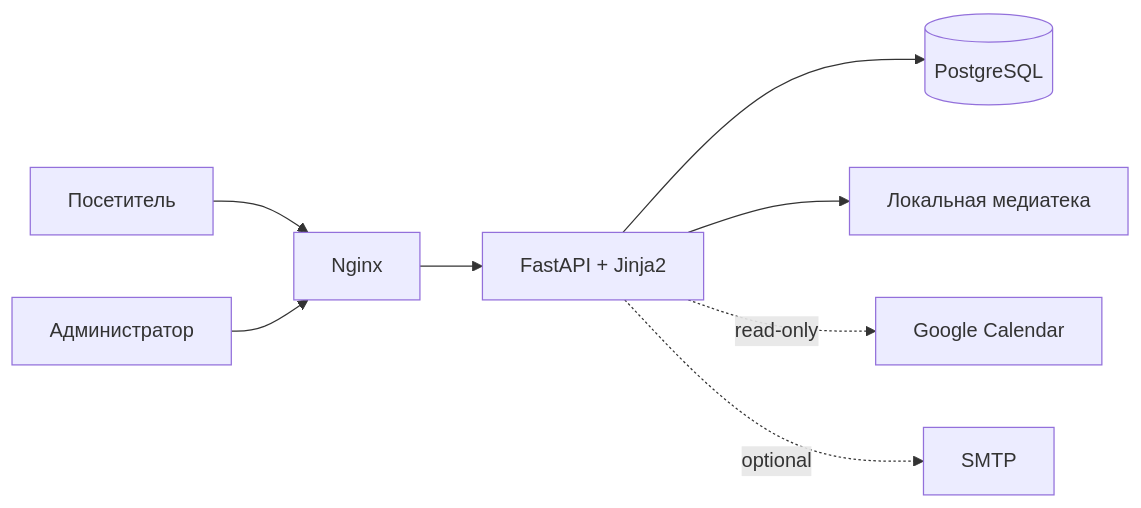
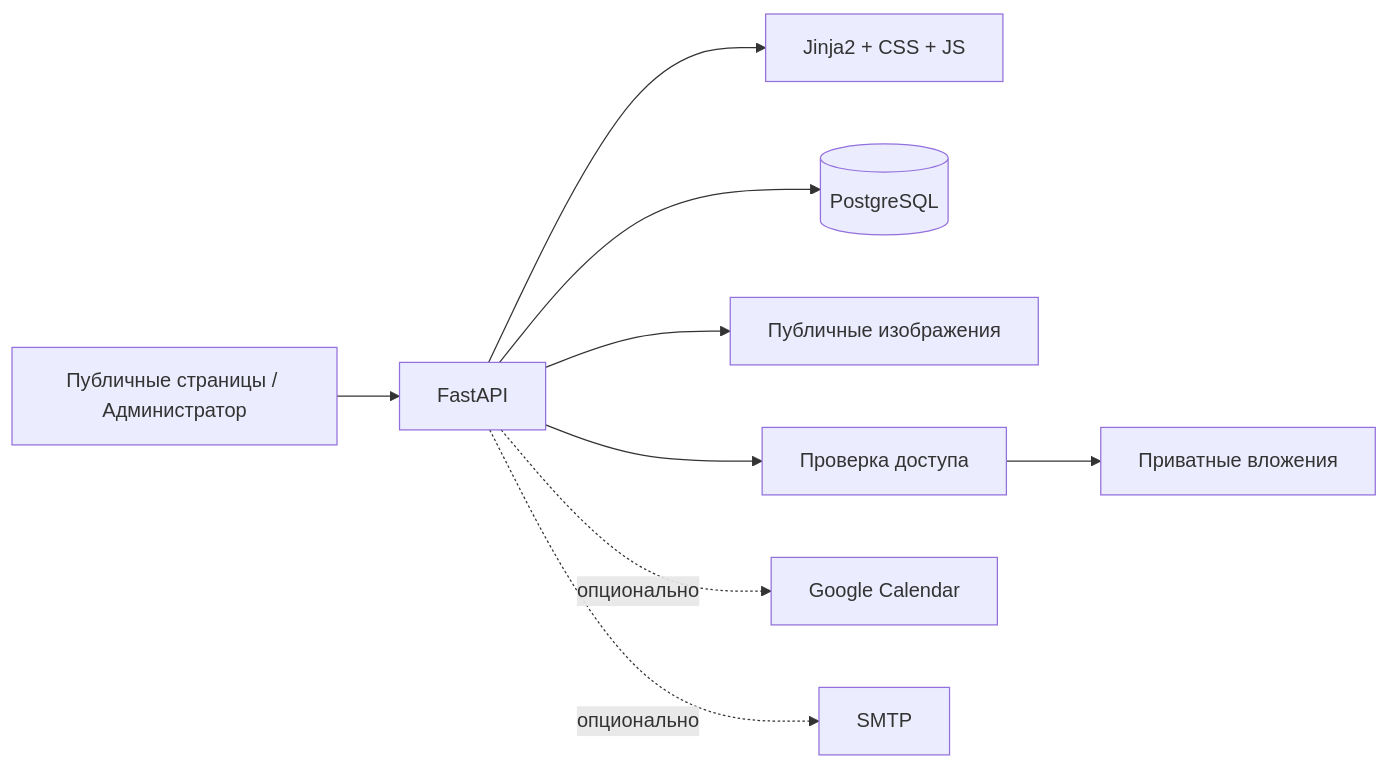
The diagram in README.md (ArtToSlipAway/arttoslipaway-website), drawn with Mermaid before and after one commit. The commit also changed other lines of this file and 150 other files, not shown here.

````diff
--- a/README.md
+++ b/README.md
@@ -26,10 +31,11 @@
 ```mermaid
 flowchart LR
-    U[Посетитель] --> N[Nginx]
-    A[Администратор] --> N
-    N --> F[FastAPI + Jinja2]
-    F --> P[(PostgreSQL)]
-    F --> M[Локальная медиатека]
-    F -. read-only .-> G[Google Calendar]
-    F -. optional .-> S[SMTP]
+    Browser[Публичные страницы / Администратор] --> App[FastAPI]
+    App --> Templates[Jinja2 + CSS + JS]
+    App --> DB[(PostgreSQL)]
+    App --> Public[Публичные изображения]
+    App --> Auth[Проверка доступа]
+    Auth --> Private[Приватные вложения]
+    App -. опционально .-> Calendar[Google Calendar]
+    App -. опционально .-> Mail[SMTP]
 ```
````
